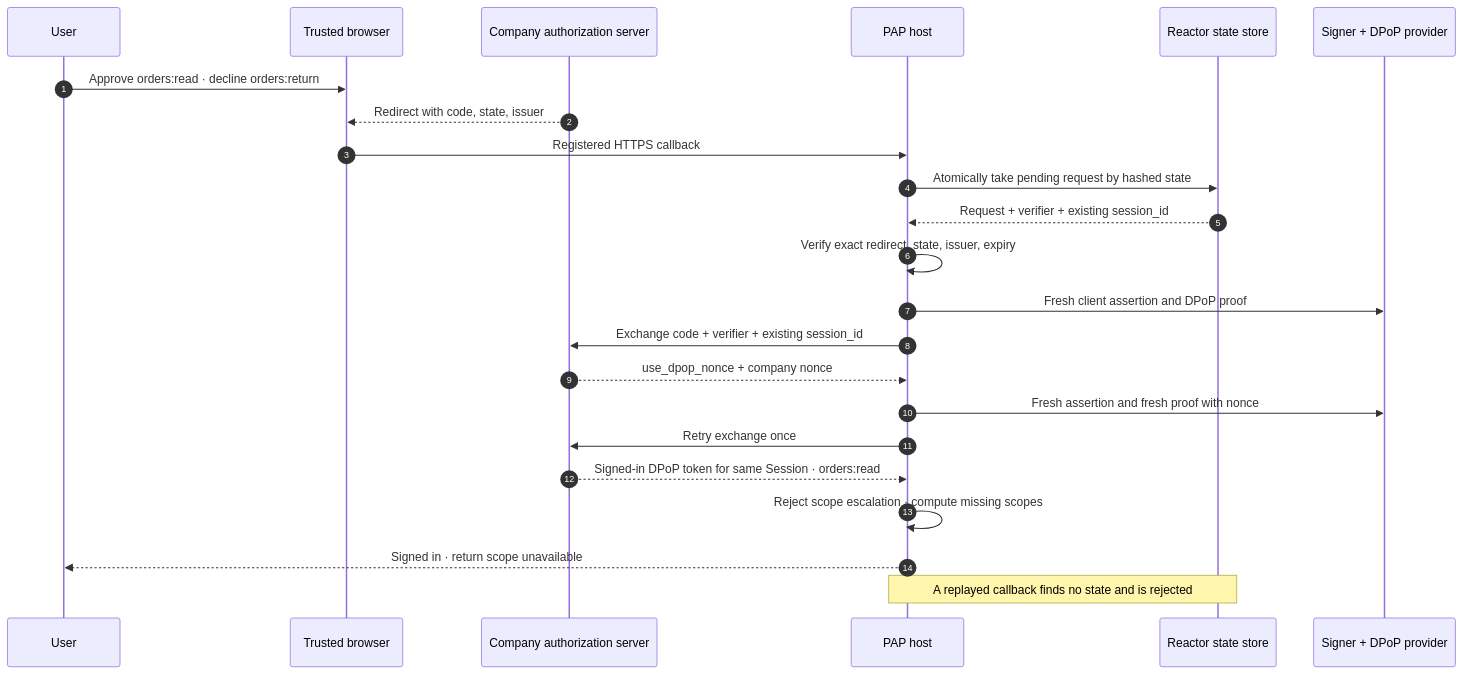
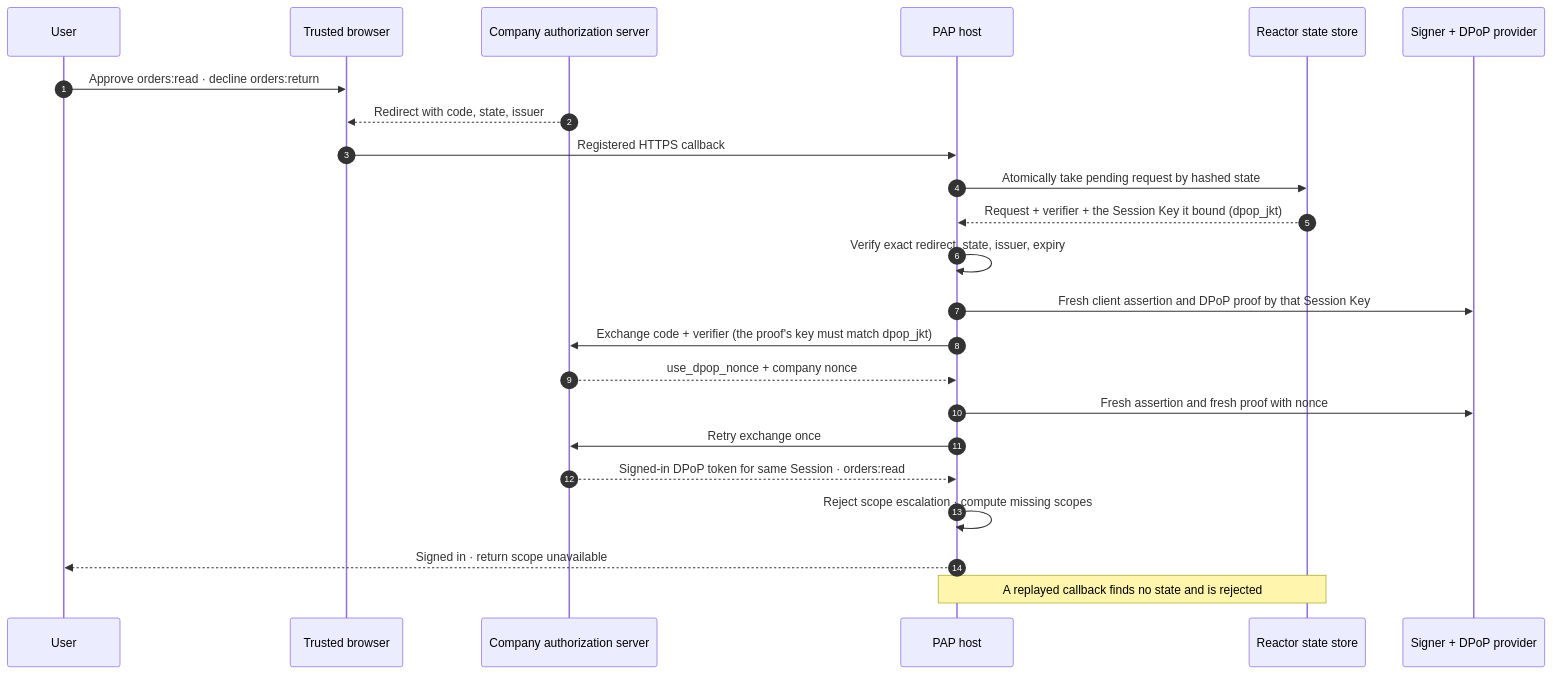
One commit to datalayer/personal-agent-protocol changed the diagram in docs/docs/examples/direct-sign-in-lifecycle.mdx. Above: the diagram before and after it, drawn with Mermaid. The commit also changed other lines of this file and 95 other files, not shown here.

````diff
--- a/docs/docs/examples/direct-sign-in-lifecycle.mdx
+++ b/docs/docs/examples/direct-sign-in-lifecycle.mdx
@@ -19,25 +19,25 @@
 ```mermaid
 sequenceDiagram
   autonumber
   participant U as User
   participant B as Trusted browser
   participant C as Company authorization server
   participant H as PAP host
   participant R as Reactor state store
   participant P as Signer + DPoP provider
   U->>B: Approve orders:read · decline orders:return
   C-->>B: Redirect with code, state, issuer
   B->>H: Registered HTTPS callback
   H->>R: Atomically take pending request by hashed state
-  R-->>H: Request + verifier + existing session_id
+  R-->>H: Request + verifier + the Session Key it bound (dpop_jkt)
   H->>H: Verify exact redirect, state, issuer, expiry
-  H->>P: Fresh client assertion and DPoP proof
-  H->>C: Exchange code + verifier + existing session_id
+  H->>P: Fresh client assertion and DPoP proof by that Session Key
+  H->>C: Exchange code + verifier (the proof's key must match dpop_jkt)
   C-->>H: use_dpop_nonce + company nonce
   H->>P: Fresh assertion and fresh proof with nonce
   H->>C: Retry exchange once
   C-->>H: Signed-in DPoP token for same Session · orders:read
   H->>H: Reject scope escalation · compute missing scopes
   H-->>U: Signed in · return scope unavailable
   Note over H,R: A replayed callback finds no state and is rejected
 ```
````
